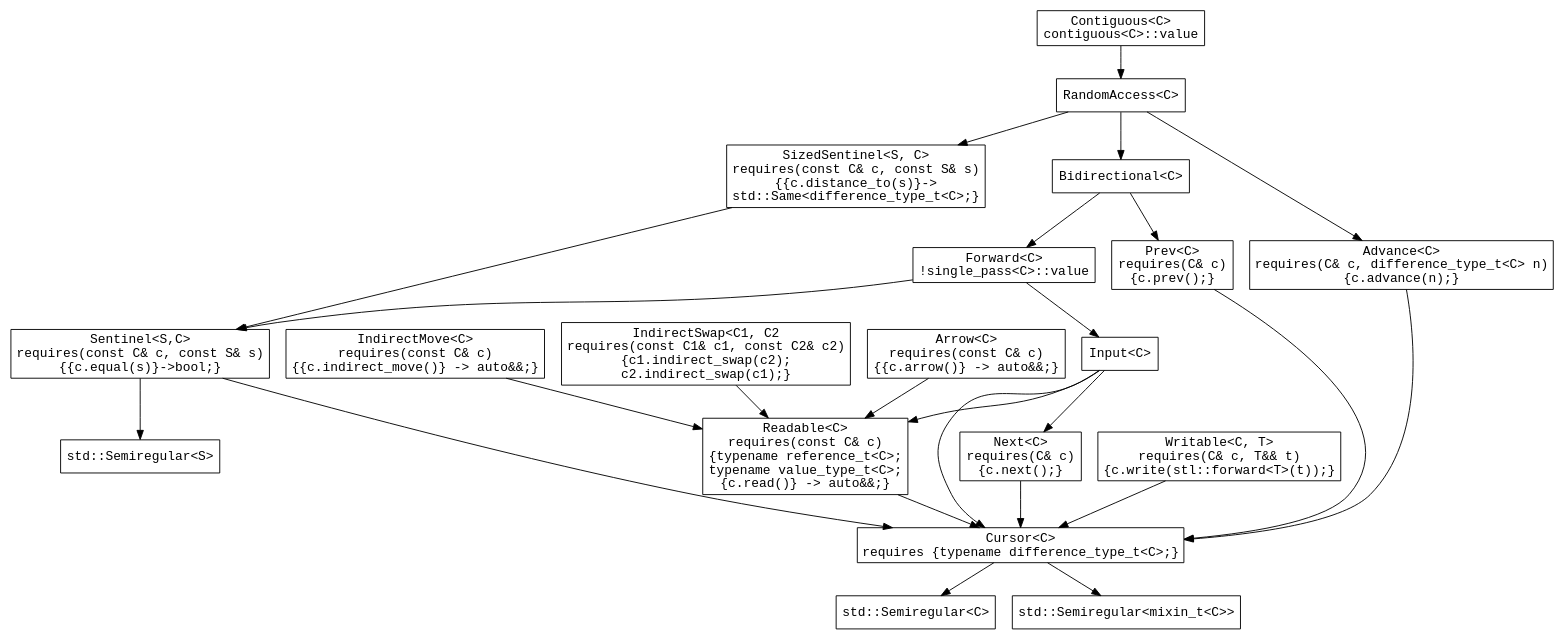
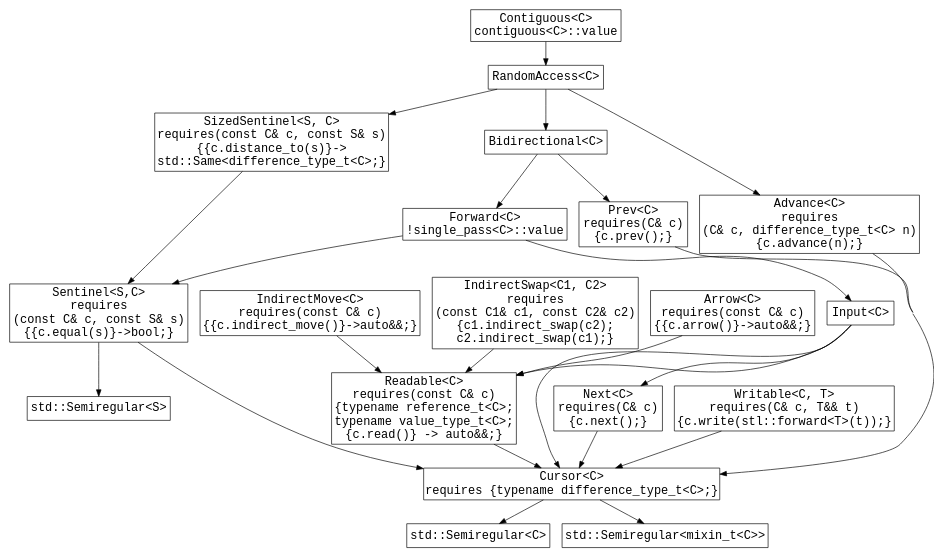
Before and after one commit to Beman/iterator-facade-proposal: the diagram in cursor-concepts.dot, drawn with Graphviz. The commit also changed 5 other files, not shown here.

```diff
--- a/cursor-concepts.dot
+++ b/cursor-concepts.dot
@@ -1,69 +1,72 @@
 digraph iterator_concepts
 {
-  graph [fontname = "courier"];
-  node [fontname = "courier"];
-  edge [fontname = "courier"];
+  size ="14,14"
+  ratio=compress
+  concentrate=true
+  graph [fontname = "courier" fontsize = 18.0];
+  node [fontname = "courier" fontsize = 18.0];
+  edge [fontname = "courier" fontsize = 18.0];
 
   // Nodes
   
-  advance [label="Advance<C>\nrequires(C& c, difference_type_t<C> n)\n{c.advance(n);}" shape=box]
-  arrow [label="Arrow<C>\nrequires(const C& c)\n{{c.arrow()} -> auto&&;}" shape=box]
+  advance [label="Advance<C>\nrequires\n(C& c, difference_type_t<C> n)\n{c.advance(n);}" shape=box]
+  arrow [label="Arrow<C>\nrequires(const C& c)\n{{c.arrow()}->auto&&;}" shape=box]
   contiguous [label="Contiguous<C>\ncontiguous<C>::value" shape=box]
   cursor [label="Cursor<C>\nrequires {typename difference_type_t<C>;}" shape=box]
   bidirectional [label="Bidirectional<C>" shape=box]
   forward [label="Forward<C>\n!single_pass<C>::value" shape=box]
-  indirectmove [label="IndirectMove<C>\nrequires(const C& c)\n{{c.indirect_move()} -> auto&&;}" shape=box]
-  indirectswap [label="IndirectSwap<C1, C2\nrequires(const C1& c1, const C2& c2)\n{c1.indirect_swap(c2);\nc2.indirect_swap(c1);}" shape=box]
+  indirectmove [label="IndirectMove<C>\nrequires(const C& c)\n{{c.indirect_move()}->auto&&;}" shape=box]
+  indirectswap [label="IndirectSwap<C1, C2>\nrequires\n(const C1& c1, const C2& c2)\n{c1.indirect_swap(c2);\nc2.indirect_swap(c1);}" shape=box]
   input [label="Input<C>" shape=box]
   next [label="Next<C>\nrequires(C& c)\n{c.next();}" shape=box]
   prev [label="Prev<C>\nrequires(C& c)\n{c.prev();}" shape=box]
   randomaccess [label="RandomAccess<C>" shape=box]
   readable [label="Readable<C>\nrequires(const C& c)\n{typename reference_t<C>;\ntypename value_type_t<C>;\n{c.read()} -> auto&&;}" shape=box]
   semiregular [label="std::Semiregular<C>" shape=box]
   semiregular_mx [label="std::Semiregular<mixin_t<C>>" shape=box]
   semiregular_s [label="std::Semiregular<S>" shape=box]
-  sentinel [label="Sentinel<S,C>\nrequires(const C& c, const S& s)\n{{c.equal(s)}->bool;}" shape=box]
+  sentinel [label="Sentinel<S,C>\nrequires\n(const C& c, const S& s)\n{{c.equal(s)}->bool;}" shape=box]
   sizedsentinel [label="SizedSentinel<S, C>\nrequires(const C& c, const S& s)\n{{c.distance_to(s)}->\nstd::Same<difference_type_t<C>;}" shape=box]
   writable [label="Writable<C, T>\nrequires(C& c, T&& t)\n{c.write(stl::forward<T>(t));}" shape=box]
    
   // Edges
   
   cursor -> semiregular;
   cursor -> semiregular_mx;
 
   readable -> cursor;
 
   writable -> cursor;
 
   arrow -> readable;
 
   next -> cursor;
   prev -> cursor;
   advance -> cursor;
 
   sentinel -> cursor;
   sentinel -> semiregular_s;
   
   sizedsentinel -> sentinel;
   
   input -> cursor;
   input -> readable;
   input -> next;
   
   forward -> input;
   forward -> sentinel;
   
   bidirectional -> forward;
   bidirectional -> prev;
   
   randomaccess -> bidirectional;
   randomaccess -> advance;
   randomaccess -> sizedsentinel;
   
   contiguous -> randomaccess;
 
   indirectmove -> readable;
 
   indirectswap -> readable;
 
 }
```
